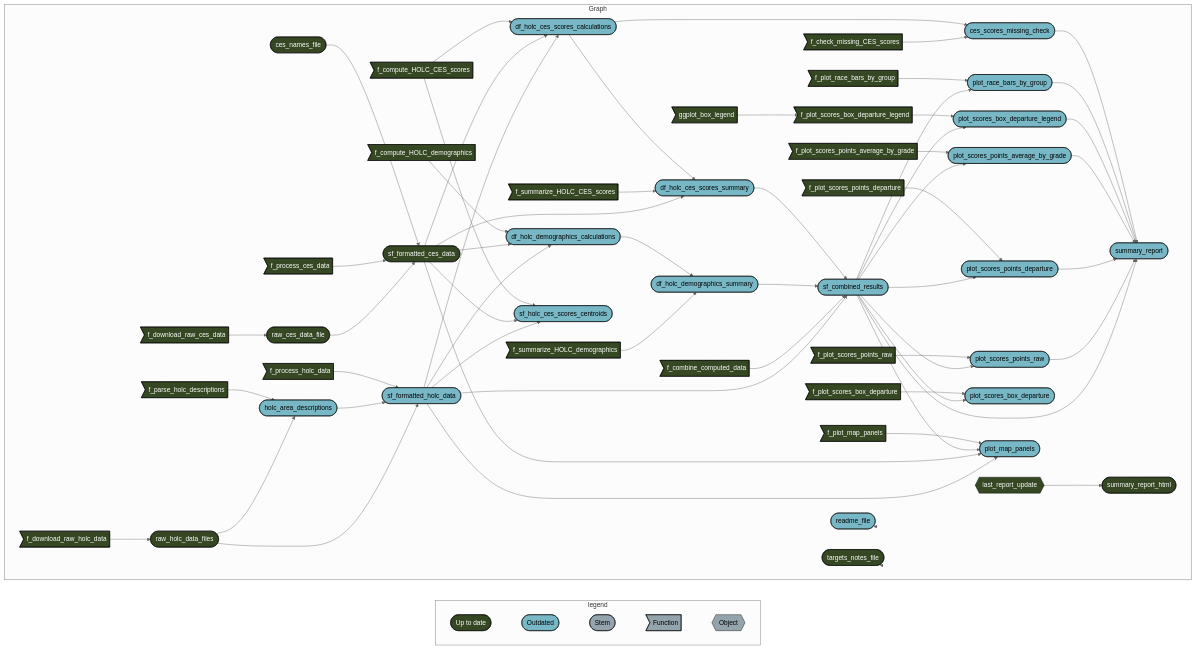
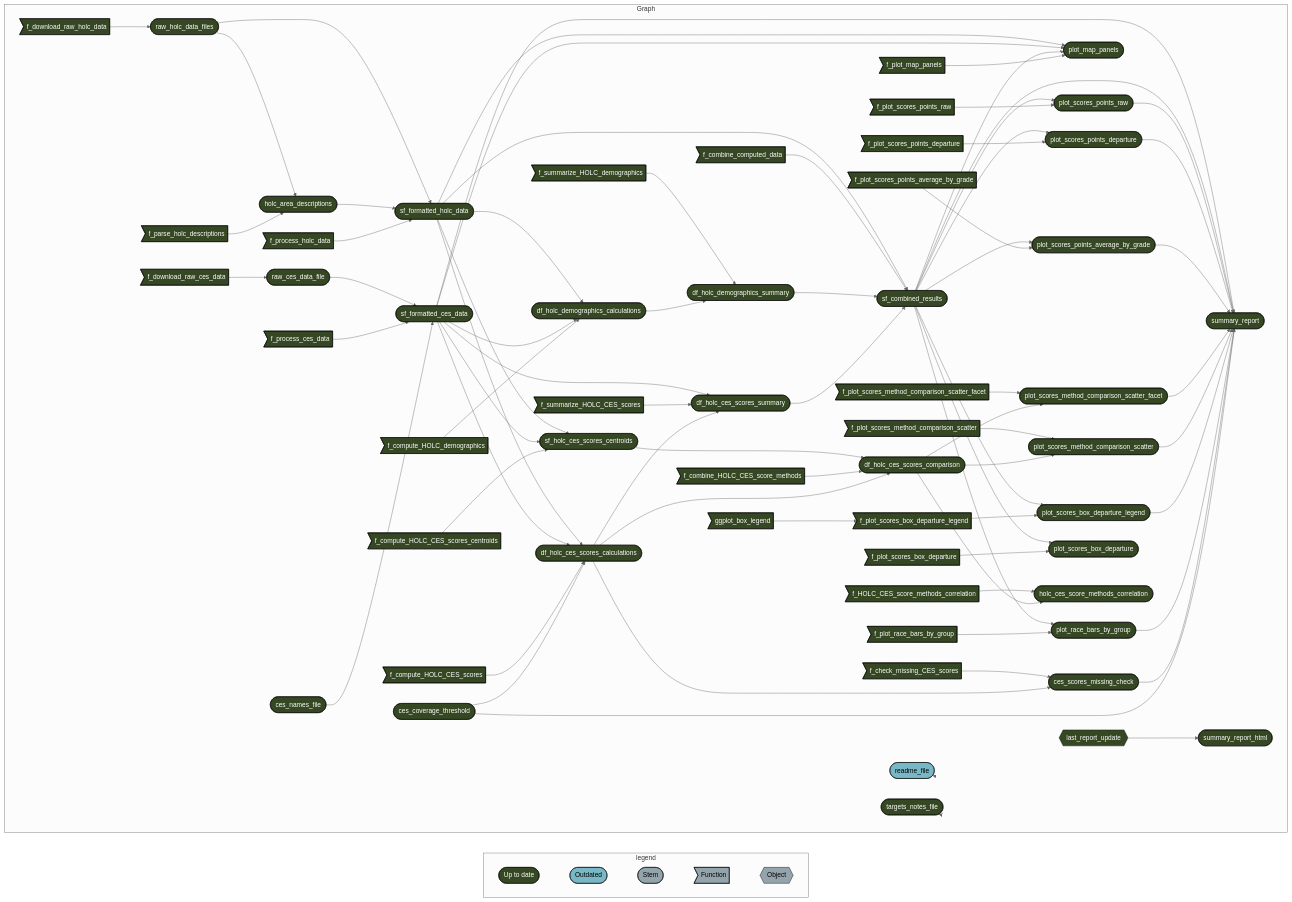
One commit to daltare/pollution-and-prejudice changed the diagram in README.md. Above: the diagram before and after it, drawn with Mermaid (neutral theme). The commit also changed 12 other files, not shown here.

Commit message:
update summary report to fix figure and table formatting, and readme targets network

````diff
--- a/README.md
+++ b/README.md
@@ -104,60 +104,74 @@
   subgraph Graph
     direction LR
     x723651d51c4d9039>"ggplot_box_legend"]:::uptodate --> x9fc5d9228e2f8c78>"f_plot_scores_box_departure_legend"]:::uptodate
-    xbc38fdbb09f54cdc(["df_holc_ces_scores_summary"]):::outdated --> x7774e14ad1201765(["sf_combined_results"]):::outdated
-    x722c080414fdf571(["df_holc_demographics_summary"]):::outdated --> x7774e14ad1201765(["sf_combined_results"]):::outdated
-    xf90b49dd379c5312>"f_combine_computed_data"]:::uptodate --> x7774e14ad1201765(["sf_combined_results"]):::outdated
-    xd358c84560a350ea(["sf_formatted_holc_data"]):::outdated --> x7774e14ad1201765(["sf_combined_results"]):::outdated
-    x661c36f456260220>"f_plot_scores_points_average_by_grade"]:::uptodate --> x26888c3adf53b8ba(["plot_scores_points_average_by_grade"]):::outdated
-    x7774e14ad1201765(["sf_combined_results"]):::outdated --> x26888c3adf53b8ba(["plot_scores_points_average_by_grade"]):::outdated
-    xb84eb9d541120890>"f_compute_HOLC_CES_scores"]:::uptodate --> xf2cacda6c5be1d56(["df_holc_ces_scores_calculations"]):::outdated
-    x66ea1e7e4088616e(["sf_formatted_ces_data"]):::uptodate --> xf2cacda6c5be1d56(["df_holc_ces_scores_calculations"]):::outdated
-    xd358c84560a350ea(["sf_formatted_holc_data"]):::outdated --> xf2cacda6c5be1d56(["df_holc_ces_scores_calculations"]):::outdated
-    x05780902aff2e52e>"f_plot_scores_points_departure"]:::uptodate --> x85db2b90c235dab6(["plot_scores_points_departure"]):::outdated
-    x7774e14ad1201765(["sf_combined_results"]):::outdated --> x85db2b90c235dab6(["plot_scores_points_departure"]):::outdated
-    xd22b3ef3698af9c3>"f_plot_race_bars_by_group"]:::uptodate --> xe2341aac6be6d5c3(["plot_race_bars_by_group"]):::outdated
-    x7774e14ad1201765(["sf_combined_results"]):::outdated --> xe2341aac6be6d5c3(["plot_race_bars_by_group"]):::outdated
-    xcdcbc8327c73002a(["ces_scores_missing_check"]):::outdated --> xe24c603975ef95ce(["summary_report"]):::outdated
-    xe2341aac6be6d5c3(["plot_race_bars_by_group"]):::outdated --> xe24c603975ef95ce(["summary_report"]):::outdated
-    xd261dc6bb4fd422e(["plot_scores_box_departure_legend"]):::outdated --> xe24c603975ef95ce(["summary_report"]):::outdated
-    x26888c3adf53b8ba(["plot_scores_points_average_by_grade"]):::outdated --> xe24c603975ef95ce(["summary_report"]):::outdated
-    x85db2b90c235dab6(["plot_scores_points_departure"]):::outdated --> xe24c603975ef95ce(["summary_report"]):::outdated
-    xd06bbe78c7eb9f6c(["plot_scores_points_raw"]):::outdated --> xe24c603975ef95ce(["summary_report"]):::outdated
-    x7774e14ad1201765(["sf_combined_results"]):::outdated --> xe24c603975ef95ce(["summary_report"]):::outdated
-    xf2cacda6c5be1d56(["df_holc_ces_scores_calculations"]):::outdated --> xcdcbc8327c73002a(["ces_scores_missing_check"]):::outdated
-    x1909355c81c03a12>"f_check_missing_CES_scores"]:::uptodate --> xcdcbc8327c73002a(["ces_scores_missing_check"]):::outdated
-    x6a4e5ab768f76050>"f_plot_scores_points_raw"]:::uptodate --> xd06bbe78c7eb9f6c(["plot_scores_points_raw"]):::outdated
-    x7774e14ad1201765(["sf_combined_results"]):::outdated --> xd06bbe78c7eb9f6c(["plot_scores_points_raw"]):::outdated
-    x4baab69ddc05606c>"f_compute_HOLC_demographics"]:::uptodate --> x0933fedf1eaed55e(["df_holc_demographics_calculations"]):::outdated
-    x66ea1e7e4088616e(["sf_formatted_ces_data"]):::uptodate --> x0933fedf1eaed55e(["df_holc_demographics_calculations"]):::outdated
-    xd358c84560a350ea(["sf_formatted_holc_data"]):::outdated --> x0933fedf1eaed55e(["df_holc_demographics_calculations"]):::outdated
-    x3566400abf0582d0>"f_process_holc_data"]:::uptodate --> xd358c84560a350ea(["sf_formatted_holc_data"]):::outdated
-    xc134b761ca90db6a(["holc_area_descriptions"]):::outdated --> xd358c84560a350ea(["sf_formatted_holc_data"]):::outdated
-    x7deb259c829fdb2e(["raw_holc_data_files"]):::uptodate --> xd358c84560a350ea(["sf_formatted_holc_data"]):::outdated
-    x13ecd6c730196e92>"f_plot_scores_box_departure"]:::uptodate --> xc0917568d2ce3bee(["plot_scores_box_departure"]):::outdated
-    x7774e14ad1201765(["sf_combined_results"]):::outdated --> xc0917568d2ce3bee(["plot_scores_box_departure"]):::outdated
-    xf2cacda6c5be1d56(["df_holc_ces_scores_calculations"]):::outdated --> xbc38fdbb09f54cdc(["df_holc_ces_scores_summary"]):::outdated
-    x24483bb6f5885403>"f_summarize_HOLC_CES_scores"]:::uptodate --> xbc38fdbb09f54cdc(["df_holc_ces_scores_summary"]):::outdated
-    x66ea1e7e4088616e(["sf_formatted_ces_data"]):::uptodate --> xbc38fdbb09f54cdc(["df_holc_ces_scores_summary"]):::outdated
+    x716156bac81cd62e(["df_holc_ces_scores_comparison"]):::uptodate --> xe4dc7810b8261f38(["plot_scores_method_comparison_scatter_facet"]):::uptodate
+    x3b0727f79ff18b40>"f_plot_scores_method_comparison_scatter_facet"]:::uptodate --> xe4dc7810b8261f38(["plot_scores_method_comparison_scatter_facet"]):::uptodate
+    xf2cacda6c5be1d56(["df_holc_ces_scores_calculations"]):::uptodate --> x716156bac81cd62e(["df_holc_ces_scores_comparison"]):::uptodate
+    x1362e4f419a24a87>"f_combine_HOLC_CES_score_methods"]:::uptodate --> x716156bac81cd62e(["df_holc_ces_scores_comparison"]):::uptodate
+    x03e01758e45bc154(["sf_holc_ces_scores_centroids"]):::uptodate --> x716156bac81cd62e(["df_holc_ces_scores_comparison"]):::uptodate
+    xc504145cdabdd854>"f_download_raw_ces_data"]:::uptodate --> x6538bfb2bd8fa5af(["raw_ces_data_file"]):::uptodate
+    xc11e093e8a0331b6>"f_plot_map_panels"]:::uptodate --> x52b2d35838d1c908(["plot_map_panels"]):::uptodate
+    x7774e14ad1201765(["sf_combined_results"]):::uptodate --> x52b2d35838d1c908(["plot_map_panels"]):::uptodate
+    x66ea1e7e4088616e(["sf_formatted_ces_data"]):::uptodate --> x52b2d35838d1c908(["plot_map_panels"]):::uptodate
+    xd358c84560a350ea(["sf_formatted_holc_data"]):::uptodate --> x52b2d35838d1c908(["plot_map_panels"]):::uptodate
+    xd22b3ef3698af9c3>"f_plot_race_bars_by_group"]:::uptodate --> xe2341aac6be6d5c3(["plot_race_bars_by_group"]):::uptodate
+    x7774e14ad1201765(["sf_combined_results"]):::uptodate --> xe2341aac6be6d5c3(["plot_race_bars_by_group"]):::uptodate
+    x661c36f456260220>"f_plot_scores_points_average_by_grade"]:::uptodate --> x26888c3adf53b8ba(["plot_scores_points_average_by_grade"]):::uptodate
+    x7774e14ad1201765(["sf_combined_results"]):::uptodate --> x26888c3adf53b8ba(["plot_scores_points_average_by_grade"]):::uptodate
+    xbc38fdbb09f54cdc(["df_holc_ces_scores_summary"]):::uptodate --> x7774e14ad1201765(["sf_combined_results"]):::uptodate
+    x722c080414fdf571(["df_holc_demographics_summary"]):::uptodate --> x7774e14ad1201765(["sf_combined_results"]):::uptodate
+    xf90b49dd379c5312>"f_combine_computed_data"]:::uptodate --> x7774e14ad1201765(["sf_combined_results"]):::uptodate
+    xd358c84560a350ea(["sf_formatted_holc_data"]):::uptodate --> x7774e14ad1201765(["sf_combined_results"]):::uptodate
+    xf2cacda6c5be1d56(["df_holc_ces_scores_calculations"]):::uptodate --> xcdcbc8327c73002a(["ces_scores_missing_check"]):::uptodate
+    x1909355c81c03a12>"f_check_missing_CES_scores"]:::uptodate --> xcdcbc8327c73002a(["ces_scores_missing_check"]):::uptodate
+    xb8f0b2810f342081(["ces_coverage_threshold"]):::uptodate --> xf2cacda6c5be1d56(["df_holc_ces_scores_calculations"]):::uptodate
+    xb84eb9d541120890>"f_compute_HOLC_CES_scores"]:::uptodate --> xf2cacda6c5be1d56(["df_holc_ces_scores_calculations"]):::uptodate
+    x66ea1e7e4088616e(["sf_formatted_ces_data"]):::uptodate --> xf2cacda6c5be1d56(["df_holc_ces_scores_calculations"]):::uptodate
+    xd358c84560a350ea(["sf_formatted_holc_data"]):::uptodate --> xf2cacda6c5be1d56(["df_holc_ces_scores_calculations"]):::uptodate
+    x28598aa74e36431d>"f_download_raw_holc_data"]:::uptodate --> x7deb259c829fdb2e(["raw_holc_data_files"]):::uptodate
+    x3566400abf0582d0>"f_process_holc_data"]:::uptodate --> xd358c84560a350ea(["sf_formatted_holc_data"]):::uptodate
+    xc134b761ca90db6a(["holc_area_descriptions"]):::uptodate --> xd358c84560a350ea(["sf_formatted_holc_data"]):::uptodate
+    x7deb259c829fdb2e(["raw_holc_data_files"]):::uptodate --> xd358c84560a350ea(["sf_formatted_holc_data"]):::uptodate
+    x6a4e5ab768f76050>"f_plot_scores_points_raw"]:::uptodate --> xd06bbe78c7eb9f6c(["plot_scores_points_raw"]):::uptodate
+    x7774e14ad1201765(["sf_combined_results"]):::uptodate --> xd06bbe78c7eb9f6c(["plot_scores_points_raw"]):::uptodate
+    xb8f0b2810f342081(["ces_coverage_threshold"]):::uptodate --> xe24c603975ef95ce(["summary_report"]):::uptodate
+    xcdcbc8327c73002a(["ces_scores_missing_check"]):::uptodate --> xe24c603975ef95ce(["summary_report"]):::uptodate
+    xe2341aac6be6d5c3(["plot_race_bars_by_group"]):::uptodate --> xe24c603975ef95ce(["summary_report"]):::uptodate
+    xd261dc6bb4fd422e(["plot_scores_box_departure_legend"]):::uptodate --> xe24c603975ef95ce(["summary_report"]):::uptodate
+    x30558efb09c7936d(["plot_scores_method_comparison_scatter"]):::uptodate --> xe24c603975ef95ce(["summary_report"]):::uptodate
+    xe4dc7810b8261f38(["plot_scores_method_comparison_scatter_facet"]):::uptodate --> xe24c603975ef95ce(["summary_report"]):::uptodate
+    x26888c3adf53b8ba(["plot_scores_points_average_by_grade"]):::uptodate --> xe24c603975ef95ce(["summary_report"]):::uptodate
+    x85db2b90c235dab6(["plot_scores_points_departure"]):::uptodate --> xe24c603975ef95ce(["summary_report"]):::uptodate
+    xd06bbe78c7eb9f6c(["plot_scores_points_raw"]):::uptodate --> xe24c603975ef95ce(["summary_report"]):::uptodate
+    x7774e14ad1201765(["sf_combined_results"]):::uptodate --> xe24c603975ef95ce(["summary_report"]):::uptodate
+    x66ea1e7e4088616e(["sf_formatted_ces_data"]):::uptodate --> xe24c603975ef95ce(["summary_report"]):::uptodate
+    x05780902aff2e52e>"f_plot_scores_points_departure"]:::uptodate --> x85db2b90c235dab6(["plot_scores_points_departure"]):::uptodate
+    x7774e14ad1201765(["sf_combined_results"]):::uptodate --> x85db2b90c235dab6(["plot_scores_points_departure"]):::uptodate
+    xf2cacda6c5be1d56(["df_holc_ces_scores_calculations"]):::uptodate --> xbc38fdbb09f54cdc(["df_holc_ces_scores_summary"]):::uptodate
+    x24483bb6f5885403>"f_summarize_HOLC_CES_scores"]:::uptodate --> xbc38fdbb09f54cdc(["df_holc_ces_scores_summary"]):::uptodate
+    x66ea1e7e4088616e(["sf_formatted_ces_data"]):::uptodate --> xbc38fdbb09f54cdc(["df_holc_ces_scores_summary"]):::uptodate
+    x0933fedf1eaed55e(["df_holc_demographics_calculations"]):::uptodate --> x722c080414fdf571(["df_holc_demographics_summary"]):::uptodate
+    x2dfdf1b5ee4ba094>"f_summarize_HOLC_demographics"]:::uptodate --> x722c080414fdf571(["df_holc_demographics_summary"]):::uptodate
+    xe7b24c87dabecd62>"f_parse_holc_descriptions"]:::uptodate --> xc134b761ca90db6a(["holc_area_descriptions"]):::uptodate
+    x7deb259c829fdb2e(["raw_holc_data_files"]):::uptodate --> xc134b761ca90db6a(["holc_area_descriptions"]):::uptodate
     x7ad41e3fd12f2676(["ces_names_file"]):::uptodate --> x66ea1e7e4088616e(["sf_formatted_ces_data"]):::uptodate
     xdca65f7684d779f0>"f_process_ces_data"]:::uptodate --> x66ea1e7e4088616e(["sf_formatted_ces_data"]):::uptodate
     x6538bfb2bd8fa5af(["raw_ces_data_file"]):::uptodate --> x66ea1e7e4088616e(["sf_formatted_ces_data"]):::uptodate
-    x9fc5d9228e2f8c78>"f_plot_scores_box_departure_legend"]:::uptodate --> xd261dc6bb4fd422e(["plot_scores_box_departure_legend"]):::outdated
-    x7774e14ad1201765(["sf_combined_results"]):::outdated --> xd261dc6bb4fd422e(["plot_scores_box_departure_legend"]):::outdated
+    x716156bac81cd62e(["df_holc_ces_scores_comparison"]):::uptodate --> x30558efb09c7936d(["plot_scores_method_comparison_scatter"]):::uptodate
+    xfded34a4d23e9e5d>"f_plot_scores_method_comparison_scatter"]:::uptodate --> x30558efb09c7936d(["plot_scores_method_comparison_scatter"]):::uptodate
+    x4baab69ddc05606c>"f_compute_HOLC_demographics"]:::uptodate --> x0933fedf1eaed55e(["df_holc_demographics_calculations"]):::uptodate
+    x66ea1e7e4088616e(["sf_formatted_ces_data"]):::uptodate --> x0933fedf1eaed55e(["df_holc_demographics_calculations"]):::uptodate
+    xd358c84560a350ea(["sf_formatted_holc_data"]):::uptodate --> x0933fedf1eaed55e(["df_holc_demographics_calculations"]):::uptodate
+    x9fc5d9228e2f8c78>"f_plot_scores_box_departure_legend"]:::uptodate --> xd261dc6bb4fd422e(["plot_scores_box_departure_legend"]):::uptodate
+    x7774e14ad1201765(["sf_combined_results"]):::uptodate --> xd261dc6bb4fd422e(["plot_scores_box_departure_legend"]):::uptodate
+    x13ecd6c730196e92>"f_plot_scores_box_departure"]:::uptodate --> xc0917568d2ce3bee(["plot_scores_box_departure"]):::uptodate
+    x7774e14ad1201765(["sf_combined_results"]):::uptodate --> xc0917568d2ce3bee(["plot_scores_box_departure"]):::uptodate
+    x716156bac81cd62e(["df_holc_ces_scores_comparison"]):::uptodate --> xdf491333e4fb171a(["holc_ces_score_methods_correlation"]):::uptodate
+    x9f27f4335306e40c>"f_HOLC_CES_score_methods_correlation"]:::uptodate --> xdf491333e4fb171a(["holc_ces_score_methods_correlation"]):::uptodate
+    xcda122252060630c>"f_compute_HOLC_CES_scores_centroids"]:::uptodate --> x03e01758e45bc154(["sf_holc_ces_scores_centroids"]):::uptodate
+    x66ea1e7e4088616e(["sf_formatted_ces_data"]):::uptodate --> x03e01758e45bc154(["sf_holc_ces_scores_centroids"]):::uptodate
+    xd358c84560a350ea(["sf_formatted_holc_data"]):::uptodate --> x03e01758e45bc154(["sf_holc_ces_scores_centroids"]):::uptodate
     xf443f725966ed075{{"last_report_update"}}:::uptodate --> x3b5990520b2e818d(["summary_report_html"]):::uptodate
-    xe7b24c87dabecd62>"f_parse_holc_descriptions"]:::uptodate --> xc134b761ca90db6a(["holc_area_descriptions"]):::outdated
-    x7deb259c829fdb2e(["raw_holc_data_files"]):::uptodate --> xc134b761ca90db6a(["holc_area_descriptions"]):::outdated
-    xc11e093e8a0331b6>"f_plot_map_panels"]:::uptodate --> x52b2d35838d1c908(["plot_map_panels"]):::outdated
-    x7774e14ad1201765(["sf_combined_results"]):::outdated --> x52b2d35838d1c908(["plot_map_panels"]):::outdated
-    x66ea1e7e4088616e(["sf_formatted_ces_data"]):::uptodate --> x52b2d35838d1c908(["plot_map_panels"]):::outdated
-    xd358c84560a350ea(["sf_formatted_holc_data"]):::outdated --> x52b2d35838d1c908(["plot_map_panels"]):::outdated
-    xc504145cdabdd854>"f_download_raw_ces_data"]:::uptodate --> x6538bfb2bd8fa5af(["raw_ces_data_file"]):::uptodate
-    x0933fedf1eaed55e(["df_holc_demographics_calculations"]):::outdated --> x722c080414fdf571(["df_holc_demographics_summary"]):::outdated
-    x2dfdf1b5ee4ba094>"f_summarize_HOLC_demographics"]:::uptodate --> x722c080414fdf571(["df_holc_demographics_summary"]):::outdated
-    xb84eb9d541120890>"f_compute_HOLC_CES_scores"]:::uptodate --> x03e01758e45bc154(["sf_holc_ces_scores_centroids"]):::outdated
-    x66ea1e7e4088616e(["sf_formatted_ces_data"]):::uptodate --> x03e01758e45bc154(["sf_holc_ces_scores_centroids"]):::outdated
-    xd358c84560a350ea(["sf_formatted_holc_data"]):::outdated --> x03e01758e45bc154(["sf_holc_ces_scores_centroids"]):::outdated
-    x28598aa74e36431d>"f_download_raw_holc_data"]:::uptodate --> x7deb259c829fdb2e(["raw_holc_data_files"]):::uptodate
     x118ccf0169559b01(["readme_file"]):::outdated --> x118ccf0169559b01(["readme_file"]):::outdated
     xd244e8c357cc9580(["targets_notes_file"]):::uptodate --> xd244e8c357cc9580(["targets_notes_file"]):::uptodate
   end
@@ -168,6 +182,6 @@
   linkStyle 1 stroke-width:0px;
   linkStyle 2 stroke-width:0px;
   linkStyle 3 stroke-width:0px;
-  linkStyle 59 stroke-width:0px;
-  linkStyle 60 stroke-width:0px;
+  linkStyle 73 stroke-width:0px;
+  linkStyle 74 stroke-width:0px;
 ```
````
